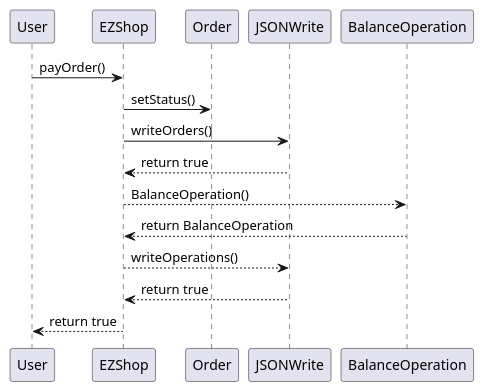
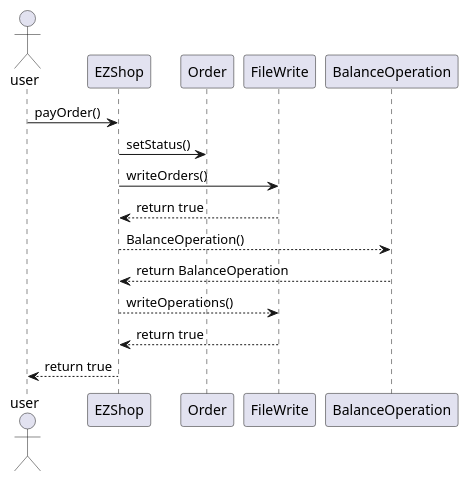
One commit to giuseppesalvi/ezshop changed the tenth of 28 diagrams in Deliverables/DesignDocument.md. Above: the diagram before and after it, drawn with PlantUML. The commit also changed other lines of this file, not shown here.

Commit message:
Update DesignDocument.md: sequence diagram, class diagram, package diagram

````diff
--- a/Deliverables/DesignDocument.md
+++ b/Deliverables/DesignDocument.md
@@ -388,17 +394,17 @@
 ```plantuml
 @startuml
-participant User
+actor user
 participant EZShop
 participant Order
-participant JSONWrite
-User -> EZShop : payOrder()
+participant FileWrite
+user -> EZShop : payOrder()
 EZShop -> Order : setStatus()
-EZShop -> JSONWrite : writeOrders()
-EZShop <-- JSONWrite : return true
+EZShop -> FileWrite : writeOrders()
+EZShop <-- FileWrite : return true
 EZShop --> BalanceOperation : BalanceOperation()
 EZShop <-- BalanceOperation : return BalanceOperation
-EZShop --> JSONWrite : writeOperations()
-EZShop <-- JSONWrite : return true
-User <-- EZShop : return true
+EZShop --> FileWrite : writeOperations()
+EZShop <-- FileWrite : return true
+user <-- EZShop : return true
 @enduml
 ```
````
